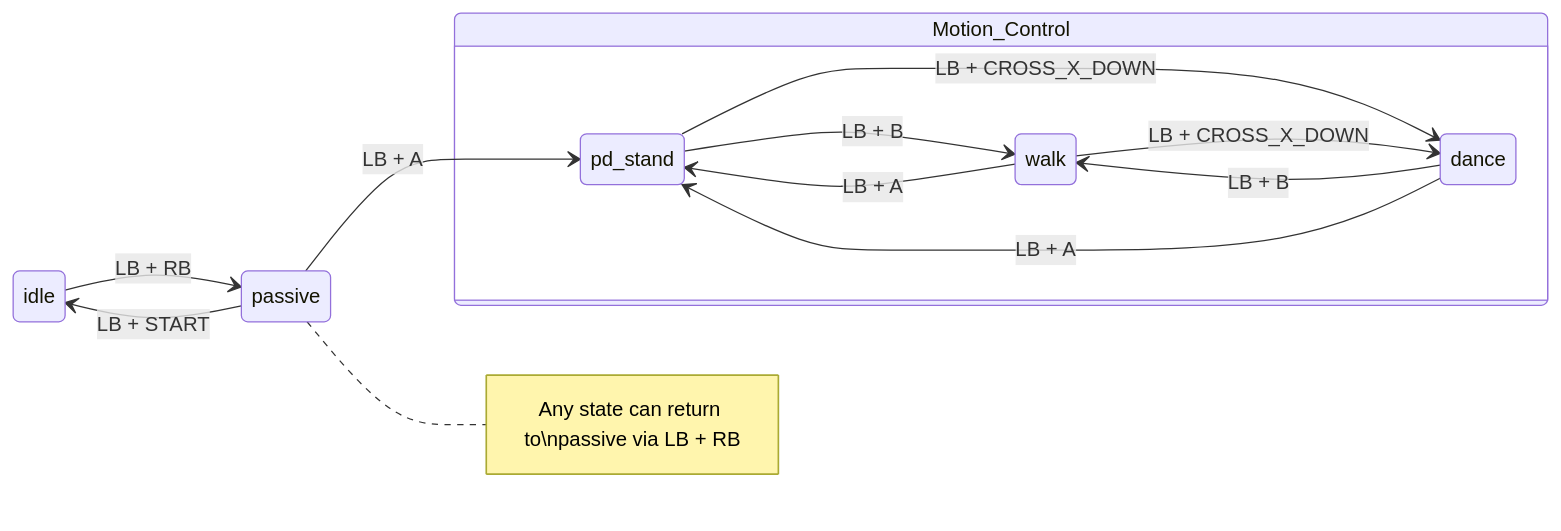
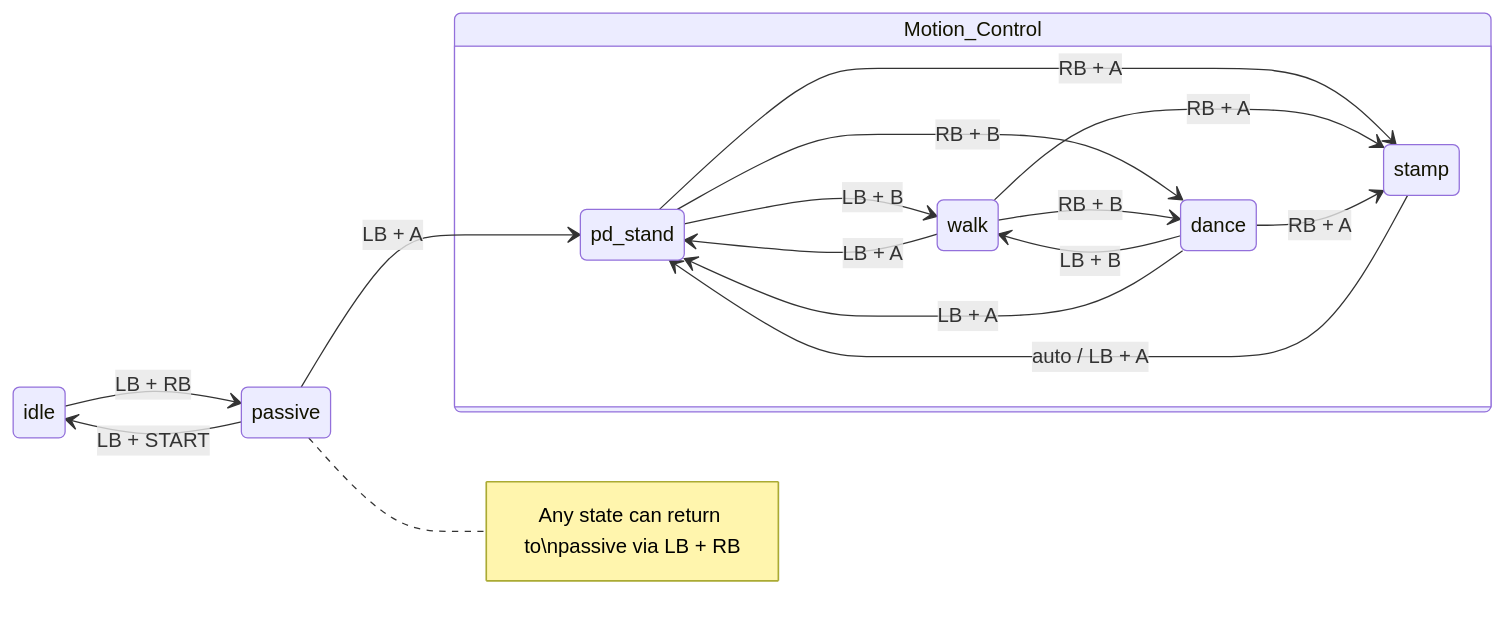
The diagram in README.md (Max-Liu/engineai_robotics_native_sdk), drawn with Mermaid before and after one commit. The commit also changed other lines of this file and 10 other files, not shown here.

````diff
--- a/README.md
+++ b/README.md
@@ -209,22 +213,26 @@
 ```mermaid
 stateDiagram-v2
     direction LR
 
     idle --> passive : LB + RB
     passive --> idle : LB + START
 
     passive --> pd_stand : LB + A
 
     state Motion_Control {
         direction LR
         pd_stand --> walk : LB + B
-        pd_stand --> dance : LB + CROSS_X_DOWN
+        pd_stand --> dance : RB + B
+        pd_stand --> stamp : RB + A
         walk --> pd_stand : LB + A
         dance --> walk : LB + B
         dance --> pd_stand : LB + A
-        walk --> dance : LB + CROSS_X_DOWN
+        walk --> dance : RB + B
+        walk --> stamp : RB + A
+        dance --> stamp : RB + A
+        stamp --> pd_stand : auto / LB + A
         
     }
 
     note right of passive : Any state can return to\npassive via LB + RB
 ```
````
